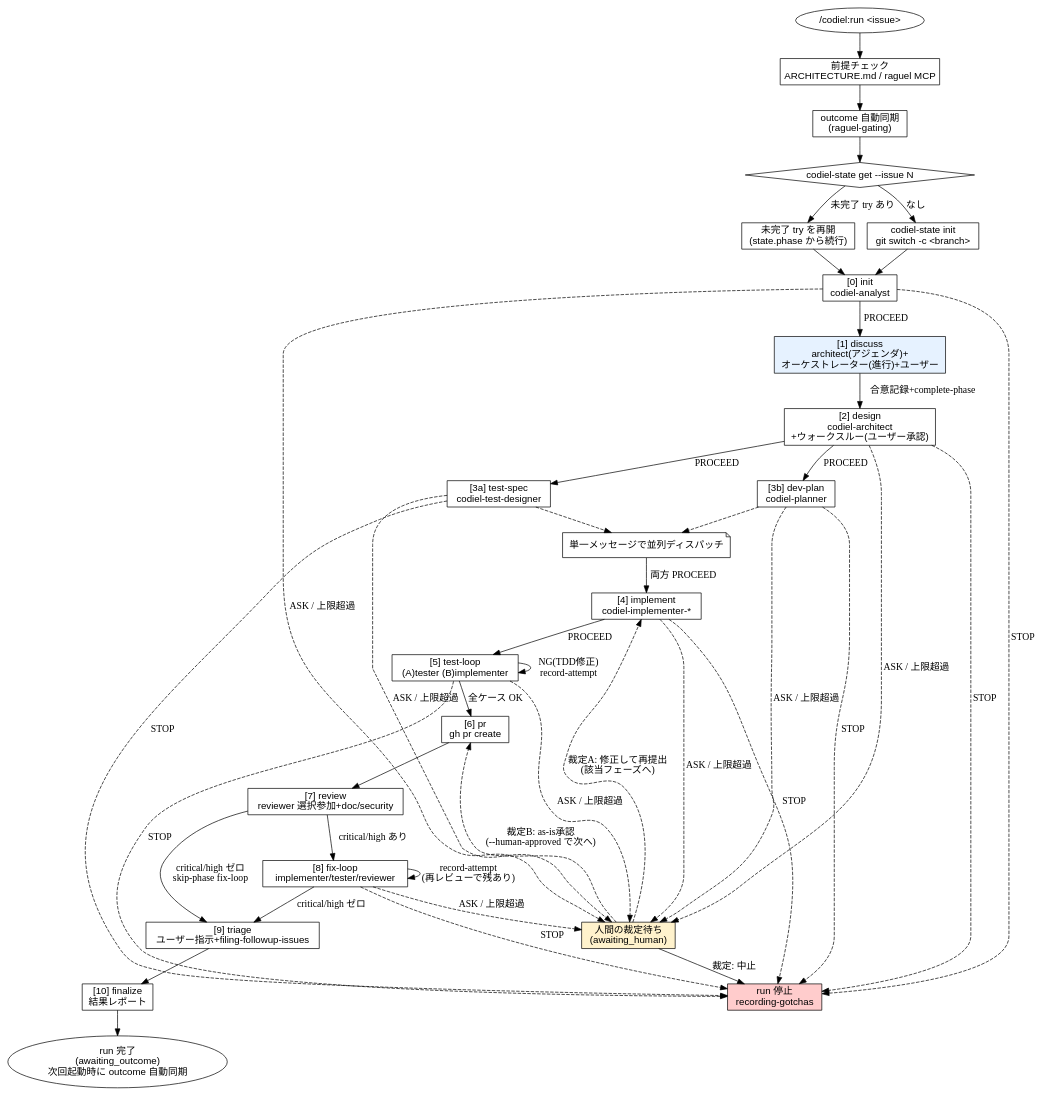
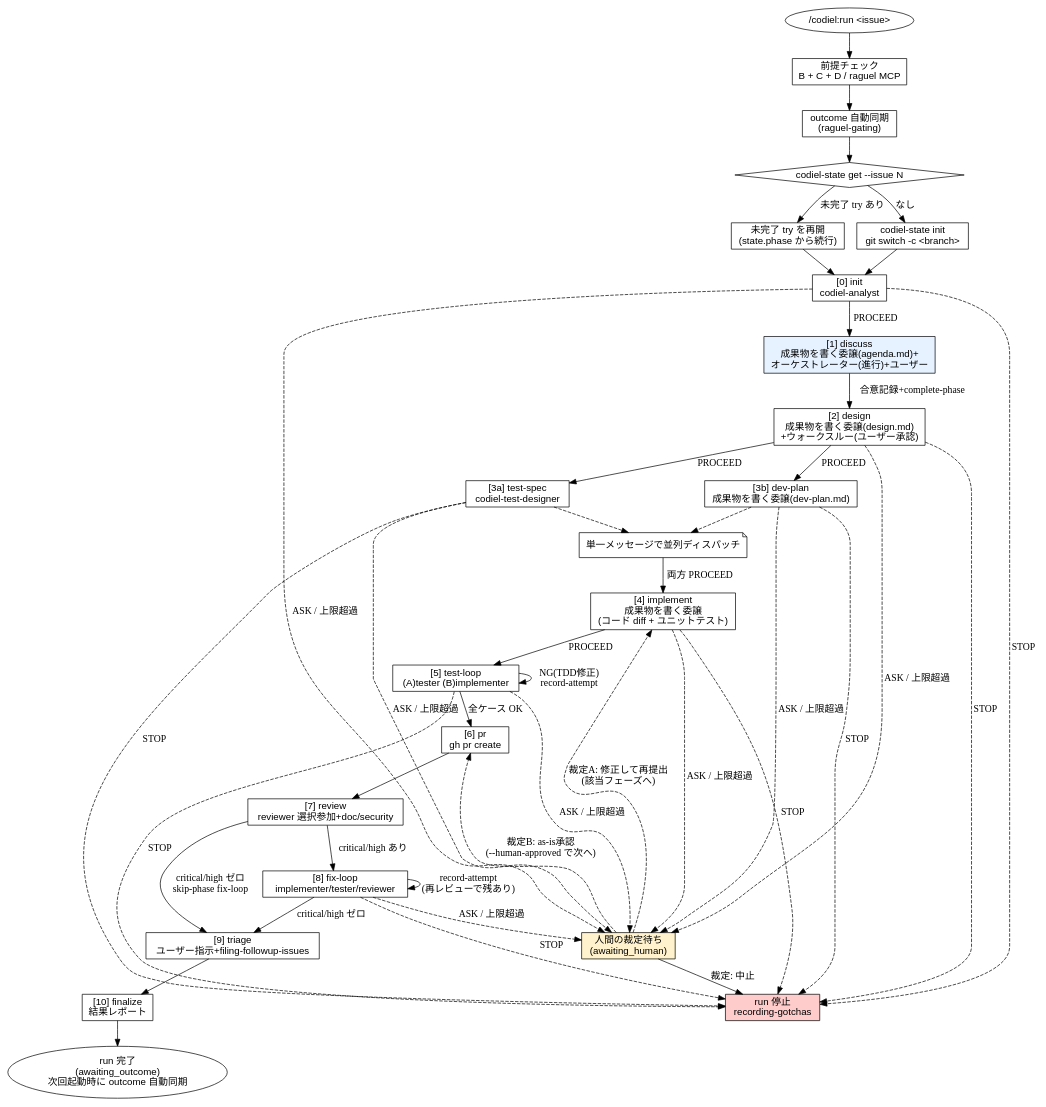
One commit to Amatsuka-kobo/amatsuka-claude-plugins changed diagram 16 of 16 in plugins/codiel/docs/skill-flowcharts.md. Above: the diagram before and after it, drawn with Graphviz. The commit also changed 5 other files, not shown here.

````diff
--- a/plugins/codiel/docs/skill-flowcharts.md
+++ b/plugins/codiel/docs/skill-flowcharts.md
@@ -633,61 +633,61 @@
 ```dot
 digraph codiel_run {
   rankdir=TB;
   node [fontname="sans-serif"];
 
   start [label="/codiel:run <issue>", shape=ellipse];
-  precheck [label="前提チェック\nARCHITECTURE.md / raguel MCP", shape=box];
+  precheck [label="前提チェック\nB + C + D / raguel MCP", shape=box];
   sync [label="outcome 自動同期\n(raguel-gating)", shape=box];
   resolve [label="codiel-state get --issue N", shape=diamond];
   resume [label="未完了 try を再開\n(state.phase から続行)", shape=box];
   init_run [label="codiel-state init\ngit switch -c <branch>", shape=box];
 
   init [label="[0] init\ncodiel-analyst", shape=box];
-  discuss [label="[1] discuss\narchitect(アジェンダ)+\nオーケストレーター(進行)+ユーザー", shape=box, style=filled, fillcolor="#e6f2ff"];
-  design [label="[2] design\ncodiel-architect\n+ウォークスルー(ユーザー承認)", shape=box];
+  discuss [label="[1] discuss\n成果物を書く委譲(agenda.md)+\nオーケストレーター(進行)+ユーザー", shape=box, style=filled, fillcolor="#e6f2ff"];
+  design [label="[2] design\n成果物を書く委譲(design.md)\n+ウォークスルー(ユーザー承認)", shape=box];
   testspec [label="[3a] test-spec\ncodiel-test-designer", shape=box];
-  devplan [label="[3b] dev-plan\ncodiel-planner", shape=box];
+  devplan [label="[3b] dev-plan\n成果物を書く委譲(dev-plan.md)", shape=box];
   parallel [label="単一メッセージで並列ディスパッチ", shape=note];
-  implement [label="[4] implement\ncodiel-implementer-*", shape=box];
+  implement [label="[4] implement\n成果物を書く委譲\n(コード diff + ユニットテスト)", shape=box];
   testloop [label="[5] test-loop\n(A)tester (B)implementer", shape=box];
   pr [label="[6] pr\ngh pr create", shape=box];
   review [label="[7] review\nreviewer 選択参加+doc/security", shape=box];
   fixloop [label="[8] fix-loop\nimplementer/tester/reviewer", shape=box];
   triage [label="[9] triage\nユーザー指示+filing-followup-issues", shape=box];
   finalize [label="[10] finalize\n結果レポート", shape=box];
 
   human [label="人間の裁定待ち\n(awaiting_human)", shape=box, style=filled, fillcolor="#fff2cc"];
   stopped [label="run 停止\nrecording-gotchas", shape=box, style=filled, fillcolor="#ffcccc"];
   outcome [label="run 完了\n(awaiting_outcome)\n次回起動時に outcome 自動同期", shape=ellipse];
 
   start -> precheck -> sync -> resolve;
   resolve -> resume [label="未完了 try あり"];
   resolve -> init_run [label="なし"];
   resume -> init;
   init_run -> init;
 
   init -> discuss [label="PROCEED"];
   discuss -> design [label="合意記録+complete-phase"];
   design -> testspec [label="PROCEED"];
   design -> devplan [label="PROCEED"];
   testspec -> parallel [style=dashed];
   devplan -> parallel [style=dashed];
   parallel -> implement [label="両方 PROCEED"];
   implement -> testloop [label="PROCEED"];
   testloop -> testloop [label="NG(TDD修正)\nrecord-attempt"];
   testloop -> pr [label="全ケース OK"];
   pr -> review;
   review -> fixloop [label="critical/high あり"];
   review -> triage [label="critical/high ゼロ\nskip-phase fix-loop"];
   fixloop -> fixloop [label="record-attempt\n(再レビューで残あり)"];
   fixloop -> triage [label="critical/high ゼロ"];
   triage -> finalize;
   finalize -> outcome;
 
   { init design testspec devplan implement testloop fixloop } -> human [label="ASK / 上限超過", style=dashed];
   { init design testspec devplan implement testloop fixloop } -> stopped [label="STOP", style=dashed];
   human -> stopped [label="裁定: 中止"];
   human -> implement [label="裁定A: 修正して再提出\n(該当フェーズへ)", style=dashed];
   human -> pr [label="裁定B: as-is承認\n(--human-approved で次へ)", style=dashed];
 }
 ```
````
